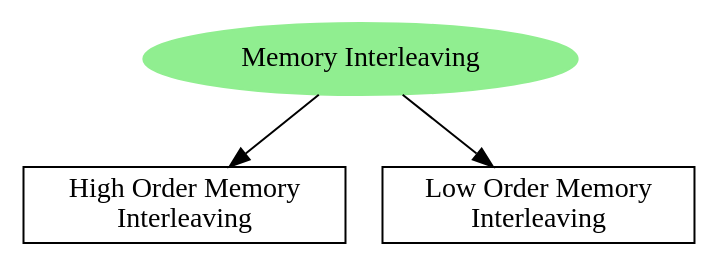
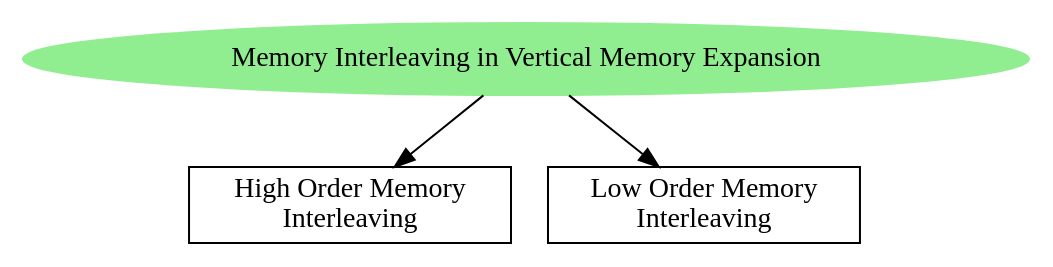
Before and after one commit to supremeimposter/My-Vault: the second of 2 diagrams in Computer-Organization-and-Architecture/Basic-components-of-computer-and-main-memory/Memory Interfacing and Expansion.md, drawn with Graphviz. The commit also changed other lines of this file and 4 other files, not shown here.

````diff
--- a/Computer-Organization-and-Architecture/Basic-components-of-computer-and-main-memory/Memory Interfacing and Expansion.md
+++ b/Computer-Organization-and-Architecture/Basic-components-of-computer-and-main-memory/Memory Interfacing and Expansion.md
@@ -55,10 +55,10 @@
 ```dot
 digraph G {
-	head [label = "Memory Interleaving" style="filled" color="lightgreen"];
+	head [label = "Memory Interleaving in Vertical Memory Expansion" style="filled" color="lightgreen"];
 	ho [label = "High Order Memory\nInterleaving" shape="box"];
 	lo [label = "Low Order Memory\nInterleaving" shape="box"];
 
 	head -> ho;
 	head -> lo;
 }
 ```
````
